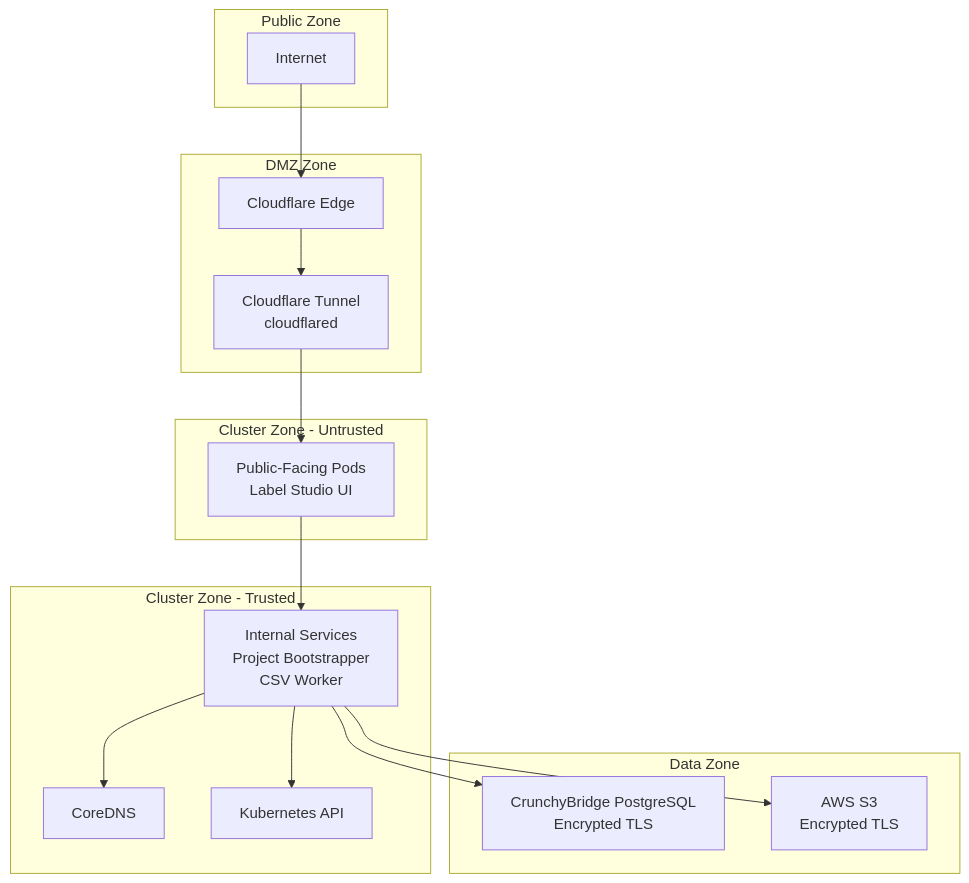
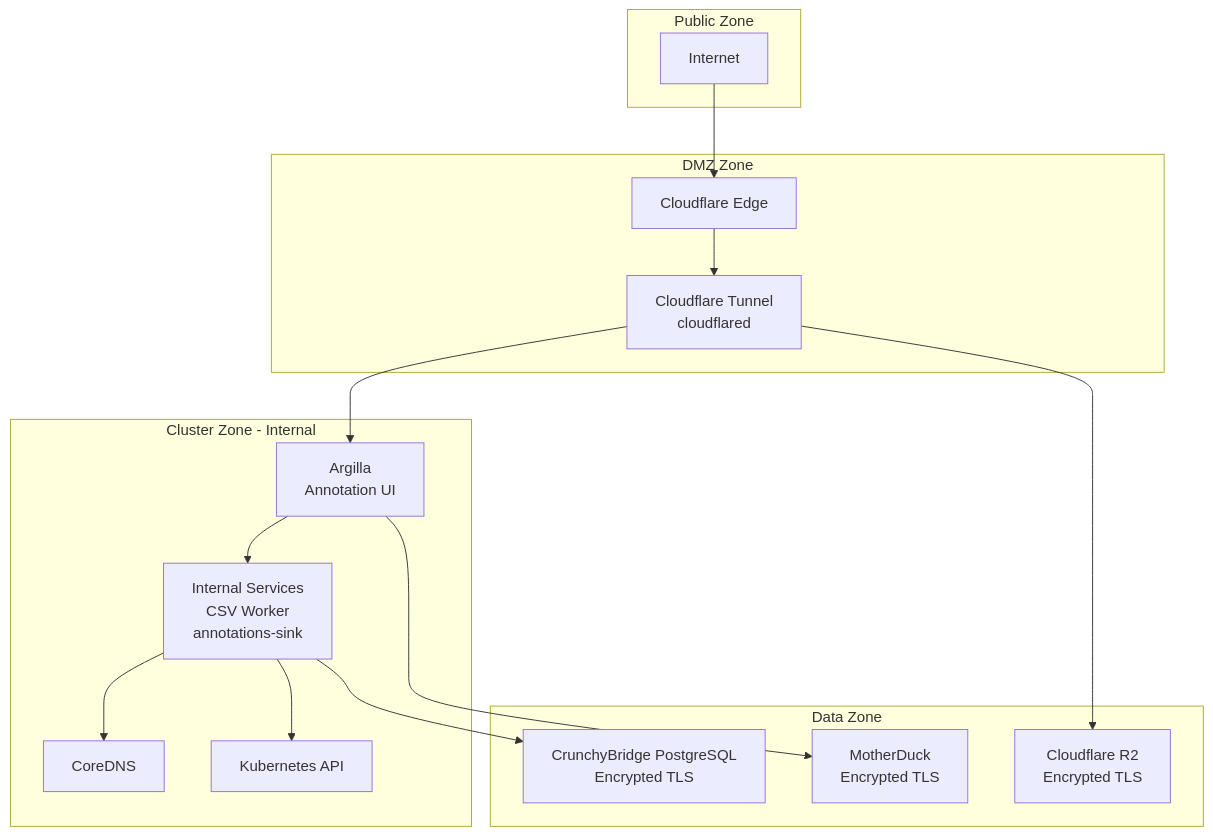
Before and after one commit to goldfish-inc/deepseek-ocr-vllm: diagram 12 of 16 in docs/architecture/NETWORK_ARCHITECTURE.md, drawn with Mermaid. The commit also changed other lines of this file and 2 other files, not shown here.

First line of the commit message:
docs(architecture): update for Argilla migration and vessel-ner Workers

````diff
--- a/docs/architecture/NETWORK_ARCHITECTURE.md
+++ b/docs/architecture/NETWORK_ARCHITECTURE.md
@@ -620,35 +631,34 @@
 ```mermaid
 graph TB
     subgraph "Public Zone"
         INTERNET[Internet]
     end
 
     subgraph "DMZ Zone"
         CFEDGE[Cloudflare Edge]
         CFTUN[Cloudflare Tunnel<br/>cloudflared]
     end
 
-    subgraph "Cluster Zone - Untrusted"
-        PUBLICPODS[Public-Facing Pods<br/>Label Studio UI]
-    end
-
-    subgraph "Cluster Zone - Trusted"
-        INTERNALPODS[Internal Services<br/>Project Bootstrapper<br/>CSV Worker]
+    subgraph "Cluster Zone - Internal"
+        ARGILLA[Argilla<br/>Annotation UI]
+        INTERNALPODS[Internal Services<br/>CSV Worker<br/>annotations-sink]
         COREDNS[CoreDNS]
         K8SAPI[Kubernetes API]
     end
 
     subgraph "Data Zone"
         CB[CrunchyBridge PostgreSQL<br/>Encrypted TLS]
-        S3[AWS S3<br/>Encrypted TLS]
+        MD[MotherDuck<br/>Encrypted TLS]
+        R2[Cloudflare R2<br/>Encrypted TLS]
     end
 
     INTERNET --> CFEDGE
     CFEDGE --> CFTUN
-    CFTUN --> PUBLICPODS
-    PUBLICPODS --> INTERNALPODS
+    CFTUN --> ARGILLA
+    ARGILLA --> INTERNALPODS
     INTERNALPODS --> COREDNS
     INTERNALPODS --> K8SAPI
     INTERNALPODS --> CB
-    INTERNALPODS --> S3
+    ARGILLA --> MD
+    CFTUN --> R2
 ```
````
